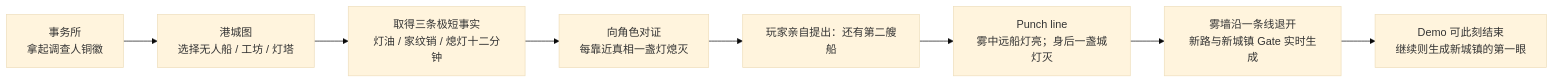
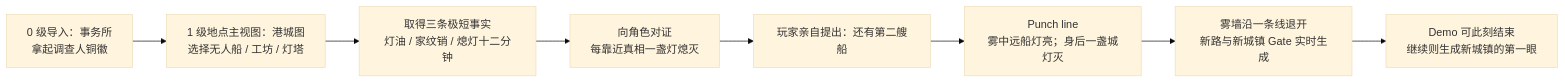
One commit to LudicDynamics/hackathon changed the fourth of 9 diagrams in docs/doc-24-五世界可玩Demo体验设计.md. Above: the diagram before and after it, drawn with Mermaid (base theme). The commit also changed other lines of this file and 2 other files, not shown here.

Commit message:
docs: 补齐零级导入与主视图层级

````diff
--- a/docs/doc-24-五世界可玩Demo体验设计.md
+++ b/docs/doc-24-五世界可玩Demo体验设计.md
@@ -157,10 +161,10 @@
 ```mermaid
 flowchart LR
-    A["事务所<br/>拿起调查人铜徽"] --> B["港城图<br/>选择无人船 / 工坊 / 灯塔"]
+    A["0 级导入：事务所<br/>拿起调查人铜徽"] --> B["1 级地点主视图：港城图<br/>选择无人船 / 工坊 / 灯塔"]
     B --> C["取得三条极短事实<br/>灯油 / 家纹销 / 熄灯十二分钟"]
     C --> D["向角色对证<br/>每靠近真相一盏灯熄灭"]
     D --> E["玩家亲自提出：还有第二艘船"]
     E --> F["Punch line<br/>雾中远船灯亮；身后一盏城灯灭"]
     F --> G["雾墙沿一条线退开<br/>新路与新城镇 Gate 实时生成"]
     G --> H["Demo 可此刻结束<br/>继续则生成新城镇的第一眼"]
 ```
````
